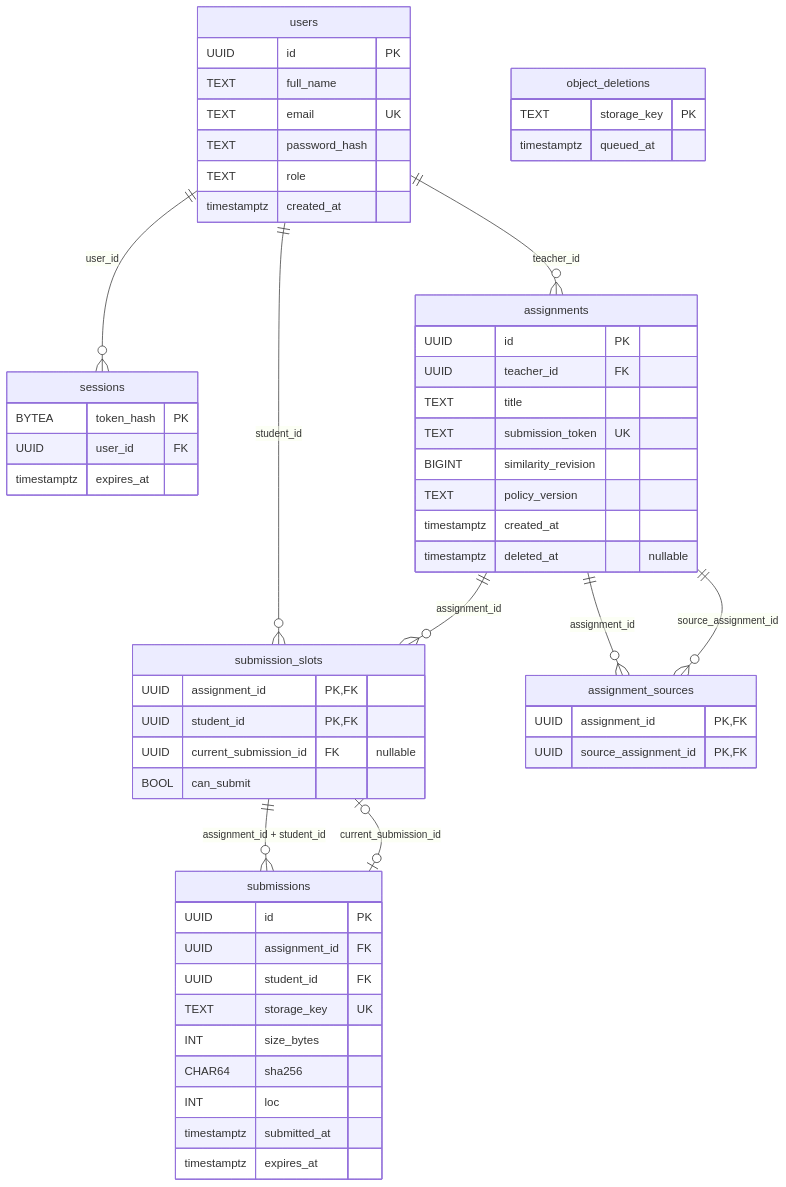
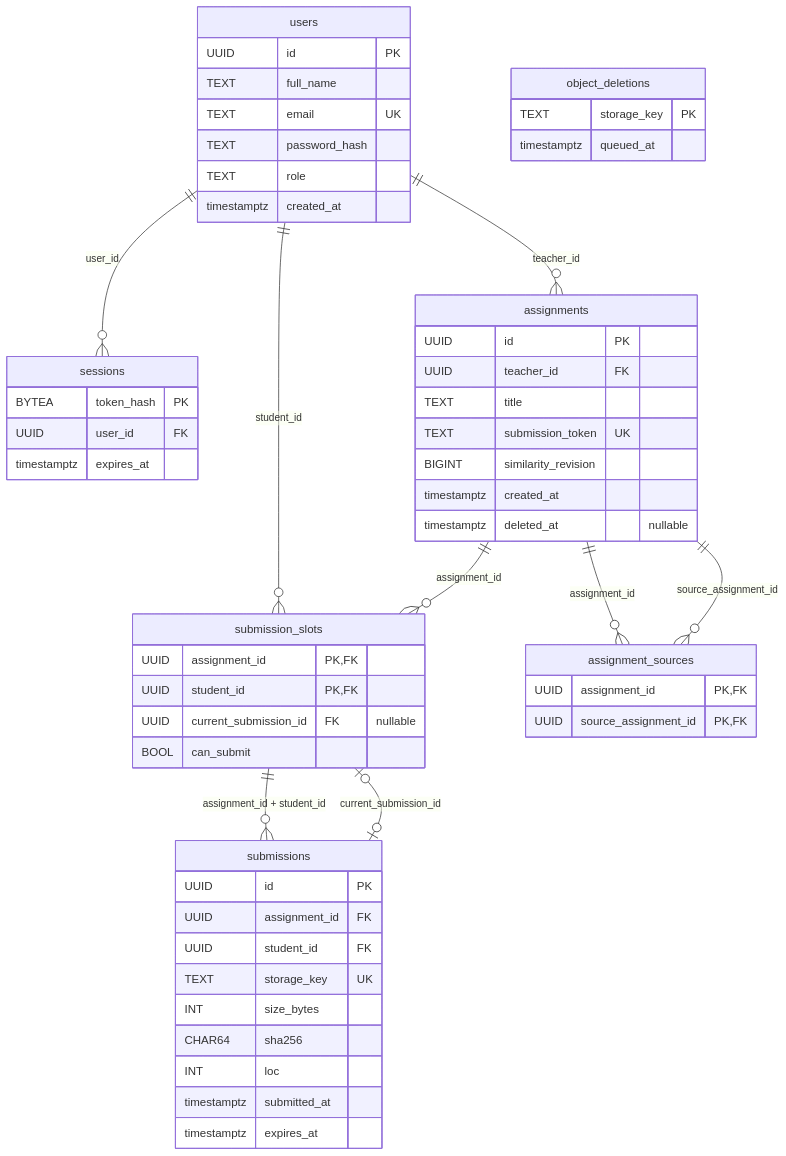
One commit to ITMO-Red-Team/IntegrityLens changed the first of 2 diagrams in docs/data-model.md. Above: the diagram before and after it, drawn with Mermaid. The commit also changed other lines of this file and 3 other files, not shown here.

````diff
--- a/docs/data-model.md
+++ b/docs/data-model.md
@@ -16,60 +16,59 @@
 ```mermaid
 erDiagram
     users ||--o{ sessions : user_id
     users ||--o{ assignments : teacher_id
     users ||--o{ submission_slots : student_id
     assignments ||--o{ assignment_sources : assignment_id
     assignments ||--o{ assignment_sources : source_assignment_id
     assignments ||--o{ submission_slots : assignment_id
     submission_slots ||--o{ submissions : "assignment_id + student_id"
     submission_slots o|--o| submissions : current_submission_id
 
     users {
         UUID id PK
         TEXT full_name
         TEXT email UK
         TEXT password_hash
         TEXT role
         timestamptz created_at
     }
     sessions {
         BYTEA token_hash PK
         UUID user_id FK
         timestamptz expires_at
     }
     assignments {
         UUID id PK
         UUID teacher_id FK
         TEXT title
         TEXT submission_token UK
         BIGINT similarity_revision
-        TEXT policy_version
         timestamptz created_at
         timestamptz deleted_at "nullable"
     }
     assignment_sources {
         UUID assignment_id PK,FK
         UUID source_assignment_id PK,FK
     }
     submission_slots {
         UUID assignment_id PK,FK
         UUID student_id PK,FK
         UUID current_submission_id FK "nullable"
         BOOL can_submit
     }
     submissions {
         UUID id PK
         UUID assignment_id FK
         UUID student_id FK
         TEXT storage_key UK
         INT size_bytes
         CHAR64 sha256
         INT loc
         timestamptz submitted_at
         timestamptz expires_at
     }
     object_deletions {
         TEXT storage_key PK
         timestamptz queued_at
     }
 ```
````
